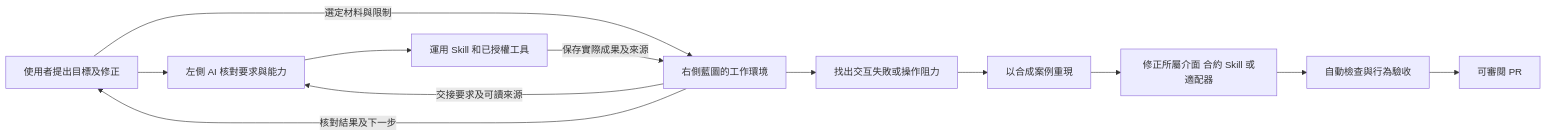
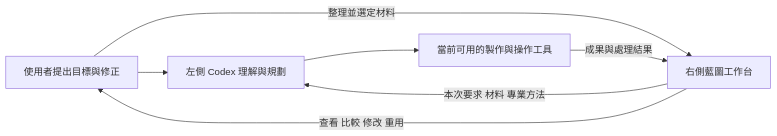
The diagram in docs/HARNESS_ENGINEERING.md (collieai-g/Blueprint-Studio-Open-Source), drawn with Mermaid before and after one commit. The commit also changed other lines of this file and 7 other files, not shown here.

````diff
--- a/docs/HARNESS_ENGINEERING.md
+++ b/docs/HARNESS_ENGINEERING.md
@@ -15,14 +23,9 @@
 ```mermaid
 flowchart LR
-    U[使用者提出目標及修正] --> C[左側 AI 核對要求與能力]
-    U -->|選定材料與限制| B[右側藍圖的工作環境]
-    B -->|交接要求及可讀來源| C
-    C --> T[運用 Skill 和已授權工具]
-    T -->|保存實際成果及來源| B
-    B -->|核對結果及下一步| U
-    B --> F[找出交互失敗或操作阻力]
-    F --> S[以合成案例重現]
-    S --> D[修正所屬介面 合約 Skill 或適配器]
-    D --> V[自動檢查與行為驗收]
-    V --> P[可審閱 PR]
+    U[使用者提出目標與修正] --> C[左側 Codex 理解與規劃]
+    U -->|整理並選定材料| B[右側藍圖工作台]
+    B -->|本次要求 材料 專業方法| C
+    C --> T[當前可用的製作與操作工具]
+    T -->|成果與處理結果| B
+    B -->|查看 比較 修改 重用| U
 ```
````
